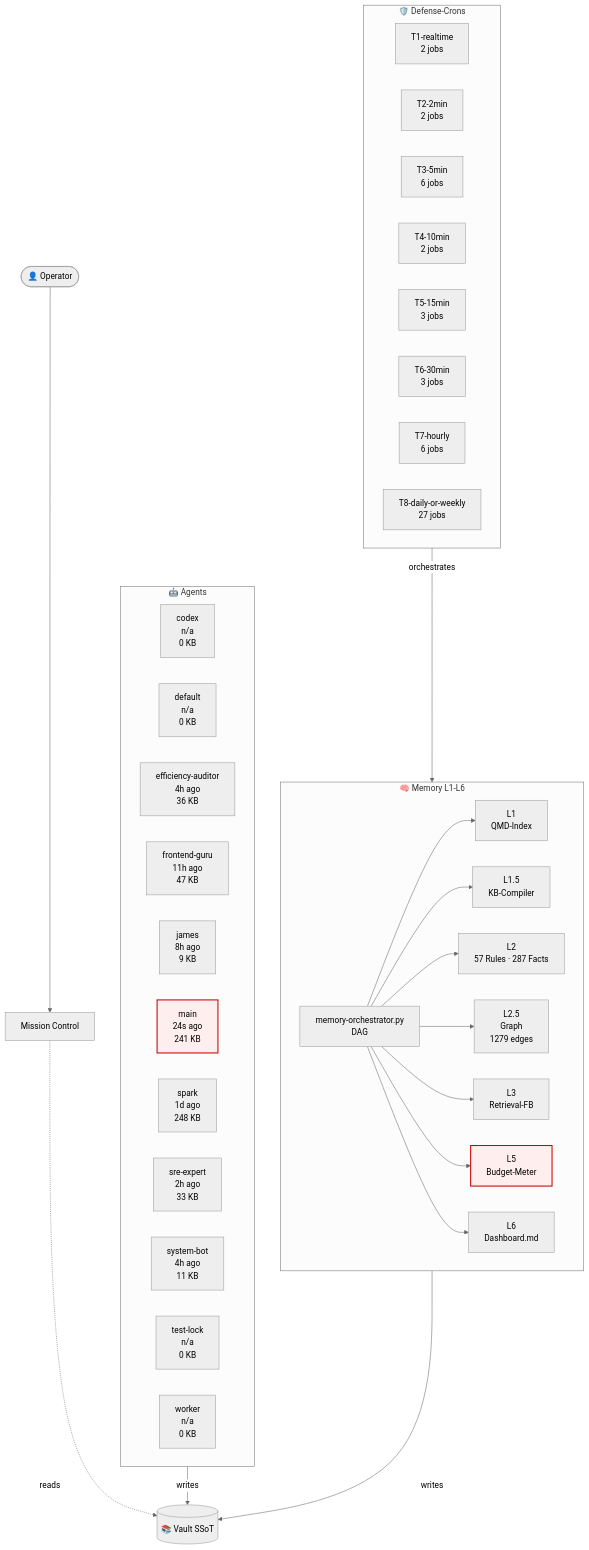
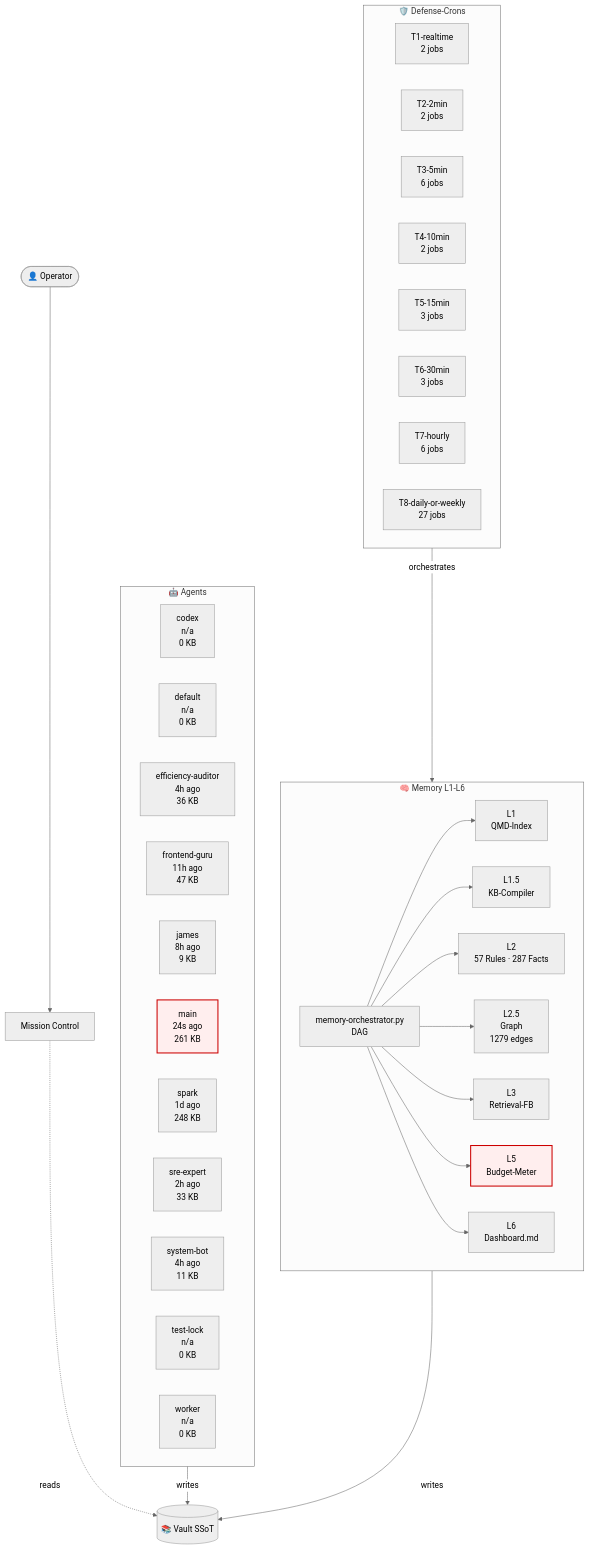
The diagram in 03-Agents/architecture-live.md (lenardhuebner88-rgb/openclaw-memory), drawn with Mermaid (neutral theme) before and after one commit. The commit also changed other lines of this file and 13 other files, not shown here.

````diff
--- a/03-Agents/architecture-live.md
+++ b/03-Agents/architecture-live.md
@@ -18,54 +18,54 @@
 ```mermaid
 flowchart TB
     classDef critical fill:#fee,stroke:#c00,stroke-width:2px;
     subgraph AGT["🤖 Agents"]
         agent_codex["codex<br/>n/a<br/>0 KB"]
         agent_default["default<br/>n/a<br/>0 KB"]
         agent_efficiency_auditor["efficiency-auditor<br/>4h ago<br/>36 KB"]
         agent_frontend_guru["frontend-guru<br/>11h ago<br/>47 KB"]
         agent_james["james<br/>8h ago<br/>9 KB"]
-        agent_main["main<br/>24s ago<br/>241 KB"]
+        agent_main["main<br/>24s ago<br/>261 KB"]
         agent_spark["spark<br/>1d ago<br/>248 KB"]
         agent_sre_expert["sre-expert<br/>2h ago<br/>33 KB"]
         agent_system_bot["system-bot<br/>4h ago<br/>11 KB"]
         agent_test_lock["test-lock<br/>n/a<br/>0 KB"]
         agent_worker["worker<br/>n/a<br/>0 KB"]
     end
     subgraph MEM["🧠 Memory L1-L6"]
         L1["L1<br/>QMD-Index"]
         L15["L1.5<br/>KB-Compiler"]
         L2["L2<br/>57 Rules · 287 Facts"]
         L25["L2.5<br/>Graph<br/>1279 edges"]
         L3["L3<br/>Retrieval-FB"]
         L5["L5<br/>Budget-Meter"]
         L6["L6<br/>Dashboard.md"]
         ORCH["memory-orchestrator.py<br/>DAG"]
     end
     subgraph CRN["🛡️ Defense-Crons"]
         tier_T1_realtime["T1-realtime<br/>2 jobs"]
         tier_T2_2min["T2-2min<br/>2 jobs"]
         tier_T3_5min["T3-5min<br/>6 jobs"]
         tier_T4_10min["T4-10min<br/>2 jobs"]
         tier_T5_15min["T5-15min<br/>3 jobs"]
         tier_T6_30min["T6-30min<br/>3 jobs"]
         tier_T7_hourly["T7-hourly<br/>6 jobs"]
         tier_T8_daily_or_weekly["T8-daily-or-weekly<br/>27 jobs"]
     end
     VAULT[("📚 Vault SSoT")]
     OP([👤 Operator])
     MC["Mission Control"]
     OP --> MC
     MC -.reads.-> VAULT
     AGT -->|writes| VAULT
     MEM -->|writes| VAULT
     ORCH --> L1
     ORCH --> L15
     ORCH --> L2
     ORCH --> L25
     ORCH --> L3
     ORCH --> L5
     ORCH --> L6
     CRN -->|orchestrates| MEM
     class L5 critical
     class agent_main critical
 ```
````
